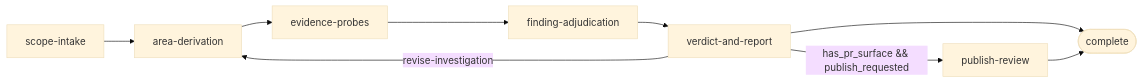
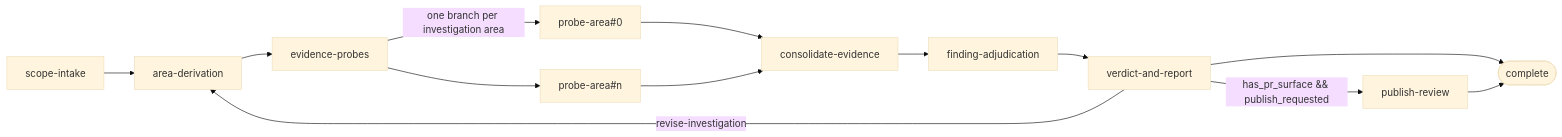
The diagram in midnight-system-review/README.md (m2ux/workflow-server), drawn with Mermaid (base theme) before and after one commit. The commit also changed other lines of this file and 3 other files, not shown here.

First line of the commit message:
Carry the READMEs onto the graphs their workflows now have

````diff
--- a/midnight-system-review/README.md
+++ b/midnight-system-review/README.md
@@ -36,11 +36,15 @@
 ```mermaid
 flowchart LR
     SI[scope-intake] --> AD[area-derivation]
     AD --> EP[evidence-probes]
-    EP --> FA[finding-adjudication]
+    EP -- "one branch per investigation area" --> PA1[probe-area#0]
+    EP --> PA2[probe-area#n]
+    PA1 --> CE[consolidate-evidence]
+    PA2 --> CE
+    CE --> FA[finding-adjudication]
     FA --> VR[verdict-and-report]
     VR -- "revise-investigation" --> AD
     VR -- "has_pr_surface && publish_requested" --> PR[publish-review]
     VR --> Done([complete])
     PR --> Done
 ```
````
